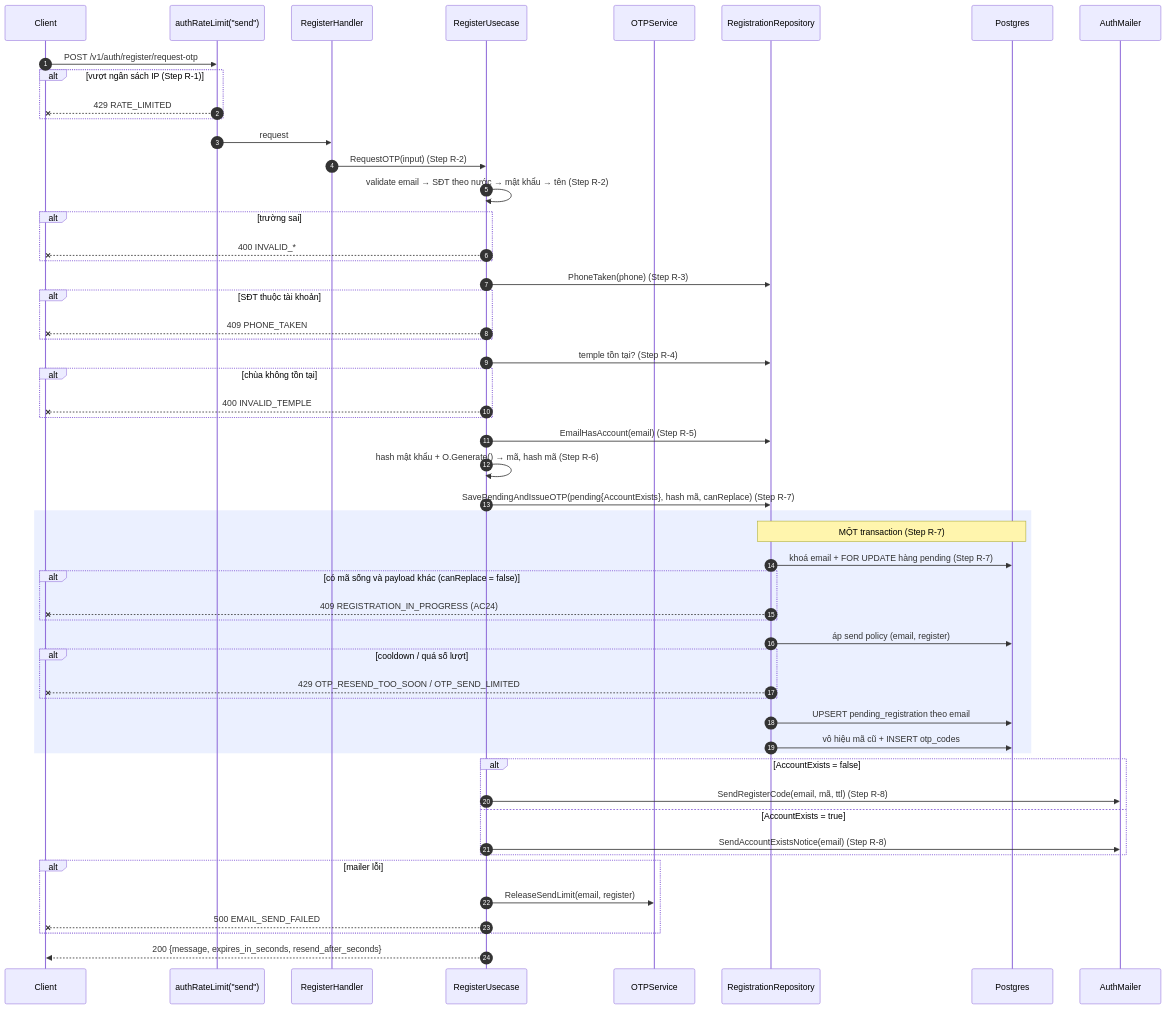
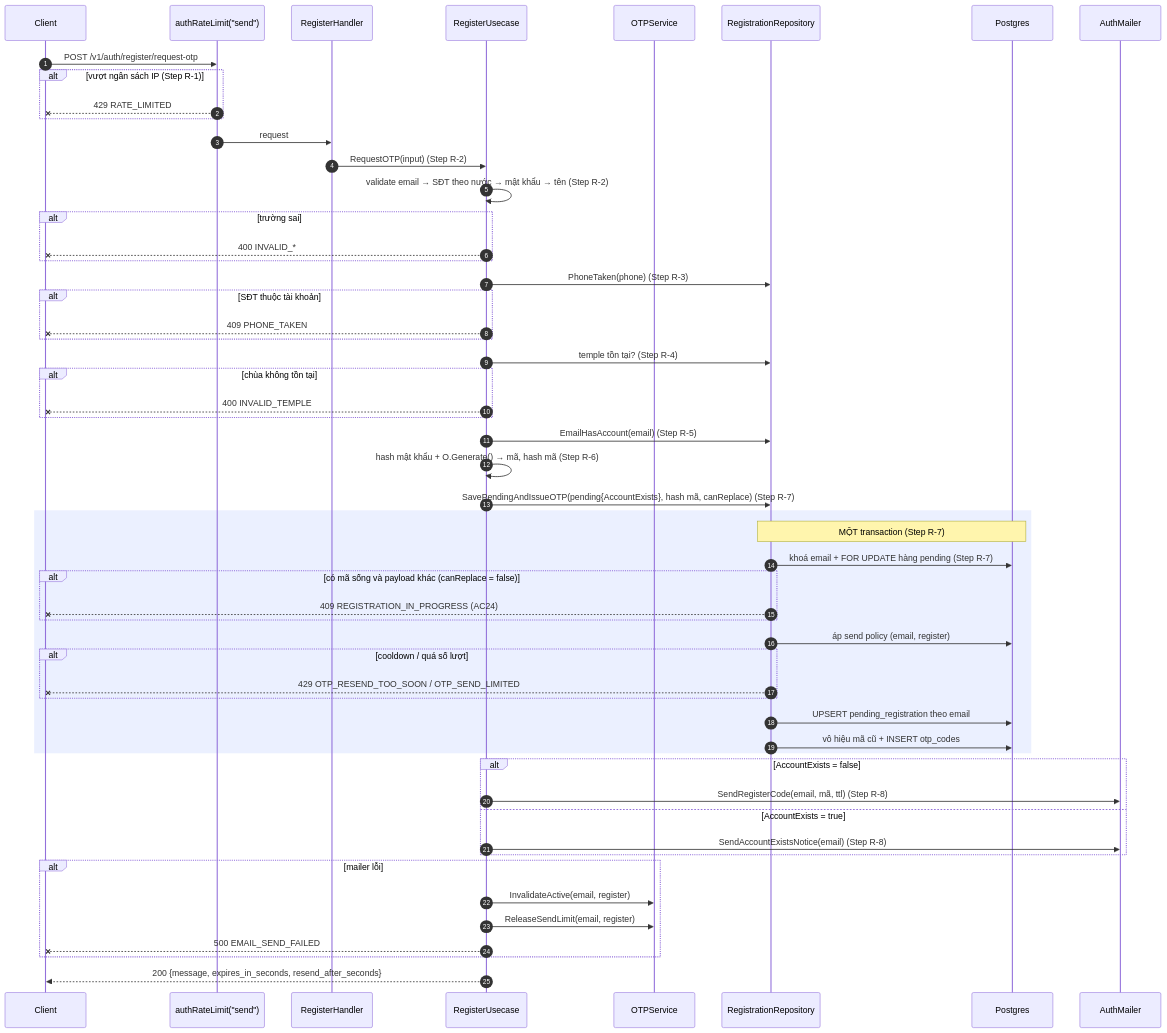
One commit to chjpcojit/innerlamp-be changed the first of 3 diagrams in docs/specs/features/onboarding/flow.md. Above: the diagram before and after it, drawn with Mermaid. The commit also changed other lines of this file and 14 other files, not shown here.

First line of the commit message:
fix(register): retire the undelivered code when the email cannot be sent

````diff
--- a/docs/specs/features/onboarding/flow.md
+++ b/docs/specs/features/onboarding/flow.md
@@ -15,57 +15,58 @@
 ```mermaid
 sequenceDiagram
     autonumber
     participant C as Client
     participant L as authRateLimit("send")
     participant H as RegisterHandler
     participant U as RegisterUsecase
     participant O as OTPService
     participant R as RegistrationRepository
     participant DB as Postgres
     participant M as AuthMailer
 
     C->>L: POST /v1/auth/register/request-otp
     alt vượt ngân sách IP (Step R-1)
         L--xC: 429 RATE_LIMITED
     end
     L->>H: request
     H->>U: RequestOTP(input) (Step R-2)
     U->>U: validate email → SĐT theo nước → mật khẩu → tên (Step R-2)
     alt trường sai
         U--xC: 400 INVALID_*
     end
     U->>R: PhoneTaken(phone) (Step R-3)
     alt SĐT thuộc tài khoản
         U--xC: 409 PHONE_TAKEN
     end
     U->>R: temple tồn tại? (Step R-4)
     alt chùa không tồn tại
         U--xC: 400 INVALID_TEMPLE
     end
     U->>R: EmailHasAccount(email) (Step R-5)
     U->>U: hash mật khẩu + O.Generate() → mã, hash mã (Step R-6)
     U->>R: SavePendingAndIssueOTP(pending{AccountExists}, hash mã, canReplace) (Step R-7)
     rect rgb(235, 240, 255)
         Note over R,DB: MỘT transaction (Step R-7)
         R->>DB: khoá email + FOR UPDATE hàng pending (Step R-7)
         alt có mã sống và payload khác (canReplace = false)
             R--xC: 409 REGISTRATION_IN_PROGRESS (AC24)
         end
         R->>DB: áp send policy (email, register)
         alt cooldown / quá số lượt
             R--xC: 429 OTP_RESEND_TOO_SOON / OTP_SEND_LIMITED
         end
         R->>DB: UPSERT pending_registration theo email
         R->>DB: vô hiệu mã cũ + INSERT otp_codes
     end
     alt AccountExists = false
         U->>M: SendRegisterCode(email, mã, ttl) (Step R-8)
     else AccountExists = true
         U->>M: SendAccountExistsNotice(email) (Step R-8)
     end
     alt mailer lỗi
+        U->>O: InvalidateActive(email, register)
         U->>O: ReleaseSendLimit(email, register)
         U--xC: 500 EMAIL_SEND_FAILED
     end
     U-->>C: 200 {message, expires_in_seconds, resend_after_seconds}
 ```
````
